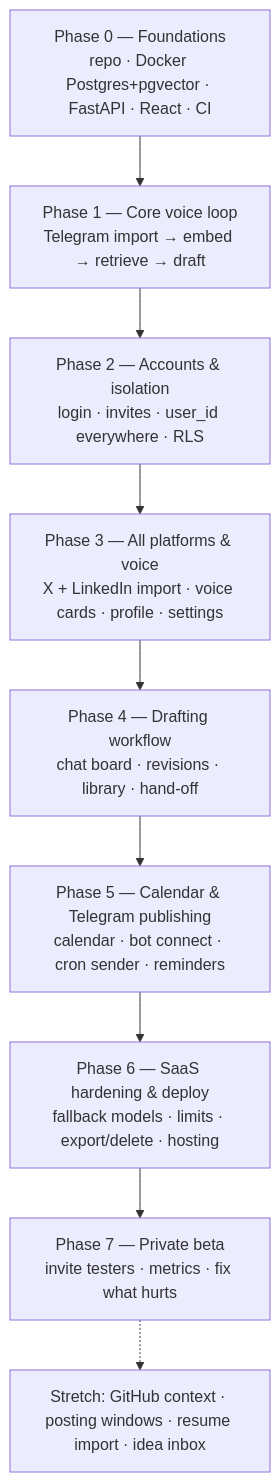
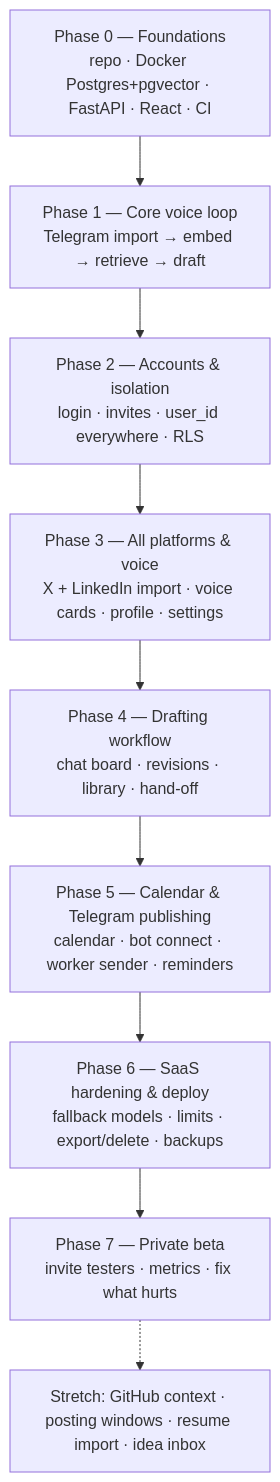
One commit to fetehadin/post-generator changed the first of 3 diagrams in docs/BUILD_PLAN.md. Above: the diagram before and after it, drawn with Mermaid. The commit also changed other lines of this file and 18 other files, not shown here.

````diff
--- a/docs/BUILD_PLAN.md
+++ b/docs/BUILD_PLAN.md
@@ -33,13 +33,13 @@
 ```mermaid
 flowchart TD
     P0["Phase 0 — Foundations<br/>repo · Docker Postgres+pgvector · FastAPI · React · CI"]
     P1["Phase 1 — Core voice loop<br/>Telegram import → embed → retrieve → draft"]
     P2["Phase 2 — Accounts & isolation<br/>login · invites · user_id everywhere · RLS"]
     P3["Phase 3 — All platforms & voice<br/>X + LinkedIn import · voice cards · profile · settings"]
     P4["Phase 4 — Drafting workflow<br/>chat board · revisions · library · hand-off"]
-    P5["Phase 5 — Calendar & Telegram publishing<br/>calendar · bot connect · cron sender · reminders"]
-    P6["Phase 6 — SaaS hardening & deploy<br/>fallback models · limits · export/delete · hosting"]
+    P5["Phase 5 — Calendar & Telegram publishing<br/>calendar · bot connect · worker sender · reminders"]
+    P6["Phase 6 — SaaS hardening & deploy<br/>fallback models · limits · export/delete · backups"]
     P7["Phase 7 — Private beta<br/>invite testers · metrics · fix what hurts"]
     P0 --> P1 --> P2 --> P3 --> P4 --> P5 --> P6 --> P7
     P7 -.-> S["Stretch: GitHub context · posting windows · resume import · idea inbox"]
 ```
````
